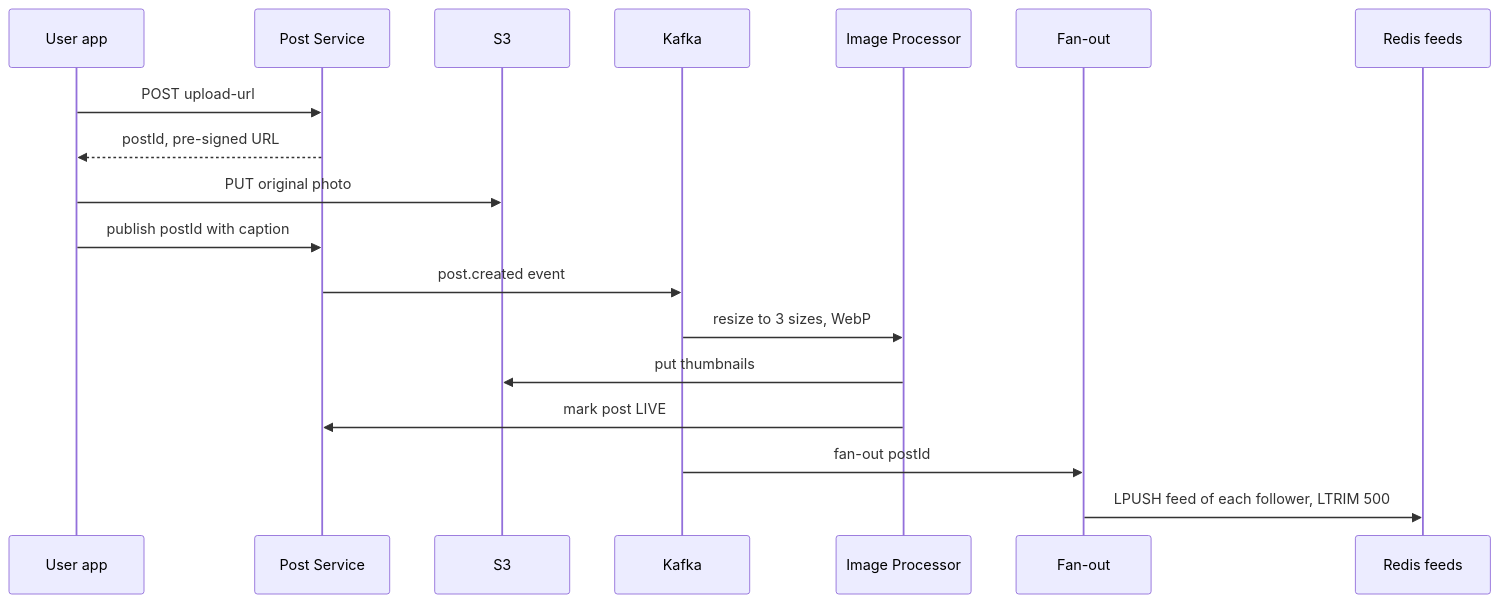
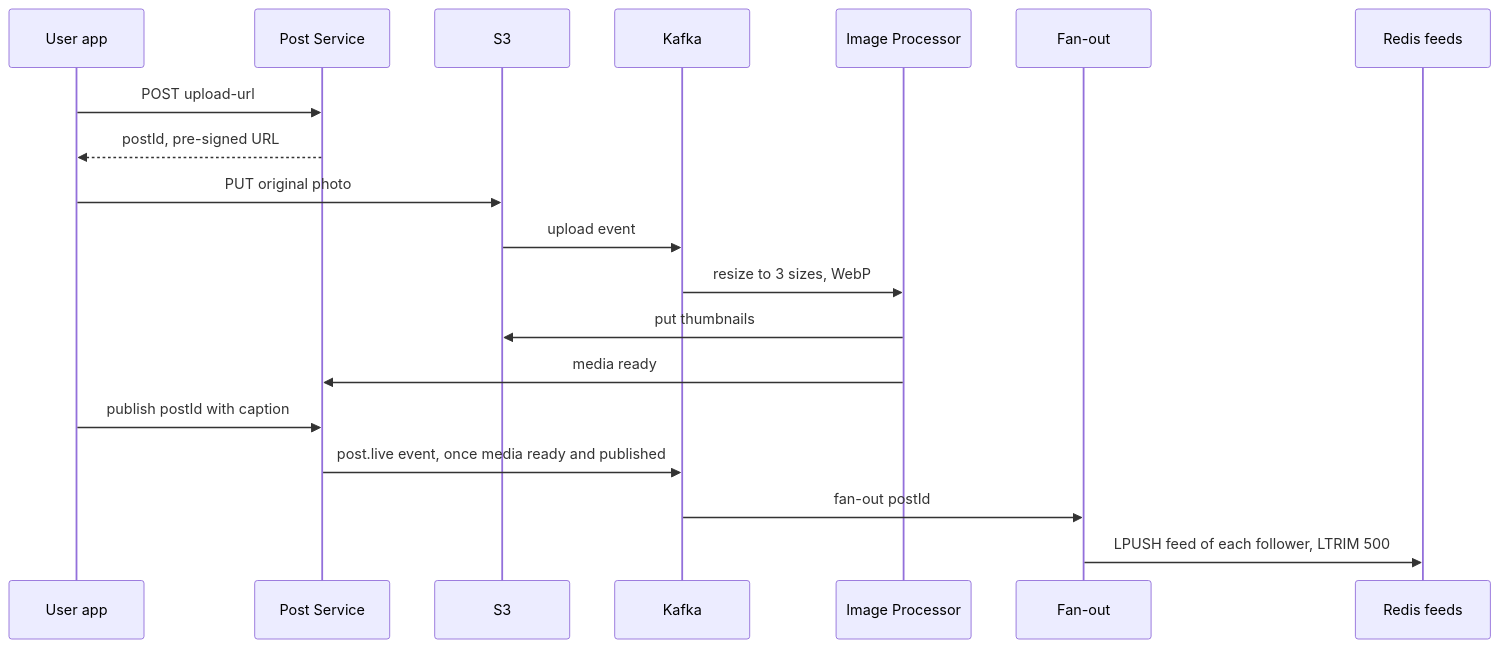
Before and after one commit to flow6979/system-design-prep: the second of 2 diagrams in content-en/02-questions/t2-13-instagram.md, drawn with Mermaid. The commit also changed other lines of this file and 61 other files, not shown here.

````diff
--- a/content-en/02-questions/t2-13-instagram.md
+++ b/content-en/02-questions/t2-13-instagram.md
@@ -116,20 +128,21 @@
 ```mermaid
 sequenceDiagram
   participant U as User app
   participant P as Post Service
   participant S3 as S3
   participant K as Kafka
   participant IP as Image Processor
   participant FO as Fan-out
   participant R as Redis feeds
   U->>P: POST upload-url
   P-->>U: postId, pre-signed URL
   U->>S3: PUT original photo
-  U->>P: publish postId with caption
-  P->>K: post.created event
+  S3->>K: upload event
   K->>IP: resize to 3 sizes, WebP
   IP->>S3: put thumbnails
-  IP->>P: mark post LIVE
+  IP->>P: media ready
+  U->>P: publish postId with caption
+  P->>K: post.live event, once media ready and published
   K->>FO: fan-out postId
   FO->>R: LPUSH feed of each follower, LTRIM 500
 ```
````
